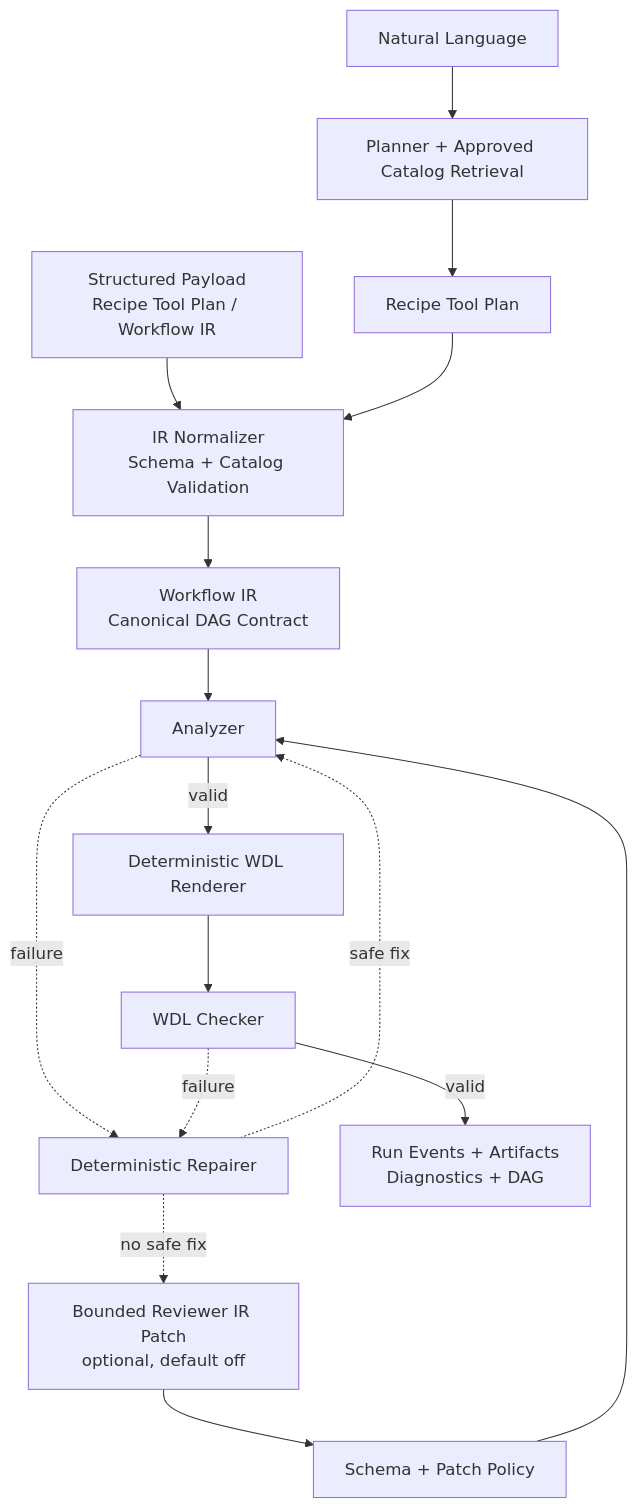
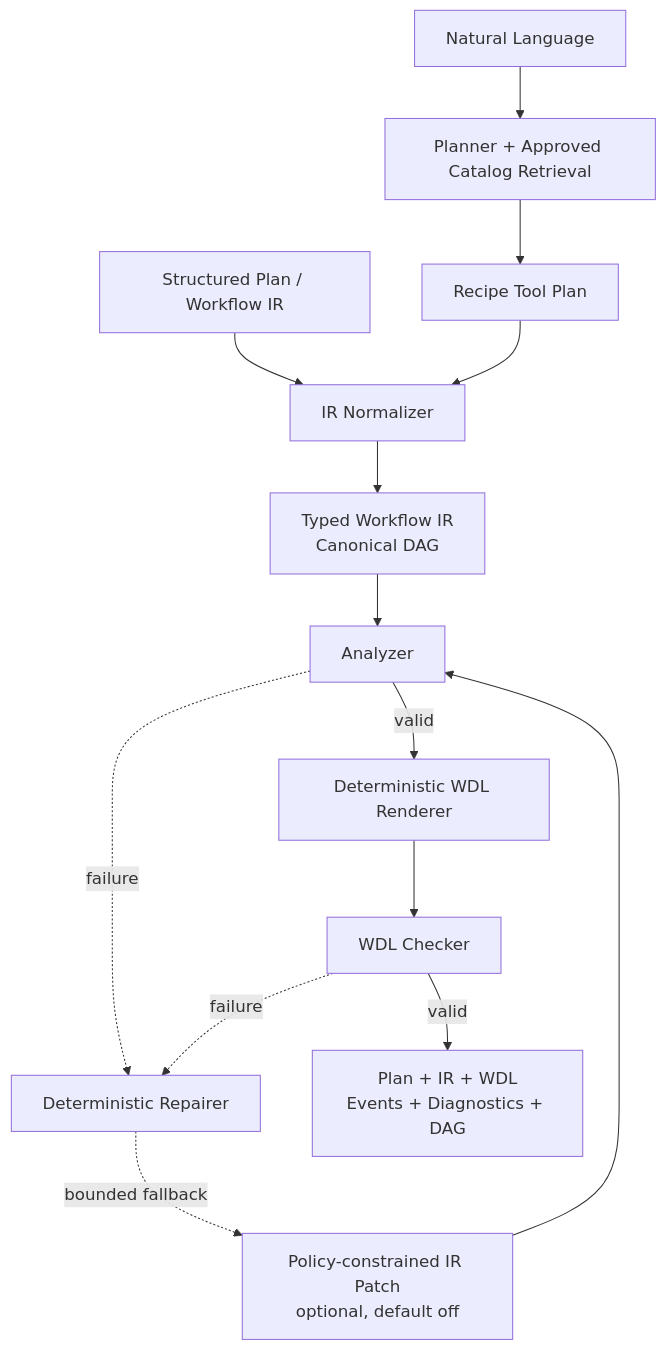
Before and after one commit to yuanzhw/AI-bioworkflow: the diagram in README.md, drawn with Mermaid. The commit also changed other lines of this file and 23 other files, not shown here.

````diff
--- a/README.md
+++ b/README.md
@@ -19,18 +29,16 @@
 ```mermaid
 flowchart TD
     NL["Natural Language"] --> PLANNER["Planner + Approved Catalog Retrieval"]
     PLANNER --> PLAN["Recipe Tool Plan"]
-    STRUCT["Structured Payload<br/>Recipe Tool Plan / Workflow IR"] --> NORMALIZER["IR Normalizer<br/>Schema + Catalog Validation"]
+    STRUCT["Structured Plan / Workflow IR"] --> NORMALIZER["IR Normalizer"]
     PLAN --> NORMALIZER
-    NORMALIZER --> IR["Workflow IR<br/>Canonical DAG Contract"]
+    NORMALIZER --> IR["Typed Workflow IR<br/>Canonical DAG"]
     IR --> ANALYZER["Analyzer"]
-    ANALYZER -- "valid" --> RENDERER["Deterministic WDL Renderer"]
-    ANALYZER -. "failure" .-> REPAIRER["Deterministic Repairer"]
-    CHECKER -. "failure" .-> REPAIRER
-    REPAIRER -. "safe fix" .-> ANALYZER
-    REPAIRER -. "no safe fix" .-> REVIEWER["Bounded Reviewer IR Patch<br/>optional, default off"]
-    REVIEWER --> POLICY["Schema + Patch Policy"]
-    POLICY --> ANALYZER
+    ANALYZER -- valid --> RENDERER["Deterministic WDL Renderer"]
+    ANALYZER -. failure .-> REPAIRER["Deterministic Repairer"]
     RENDERER --> CHECKER["WDL Checker"]
-    CHECKER -- "valid" --> OUTPUTS["Run Events + Artifacts<br/>Diagnostics + DAG"]
+    CHECKER -. failure .-> REPAIRER
+    REPAIRER -. bounded fallback .-> REVIEWER["Policy-constrained IR Patch<br/>optional, default off"]
+    REVIEWER --> ANALYZER
+    CHECKER -- valid --> OUTPUTS["Plan + IR + WDL<br/>Events + Diagnostics + DAG"]
 ```
````
